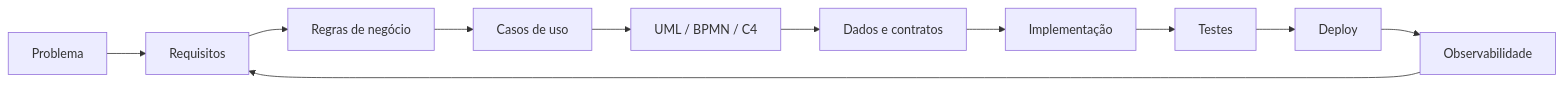
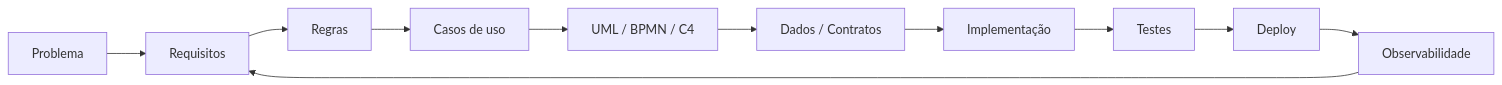
One commit to Videirafo/Fernando_Videira changed the diagram in README.md. Above: the diagram before and after it, drawn with Mermaid. The commit also changed other lines of this file and 4 other files, not shown here.

````diff
--- a/README.md
+++ b/README.md
@@ -141,13 +138,13 @@
 ```mermaid
 flowchart LR
     A[Problema] --> B[Requisitos]
-    B --> C[Regras de negócio]
+    B --> C[Regras]
     C --> D[Casos de uso]
     D --> E[UML / BPMN / C4]
-    E --> F[Dados e contratos]
+    E --> F[Dados / Contratos]
     F --> G[Implementação]
     G --> H[Testes]
     H --> I[Deploy]
     I --> J[Observabilidade]
     J --> B
 ```
````
